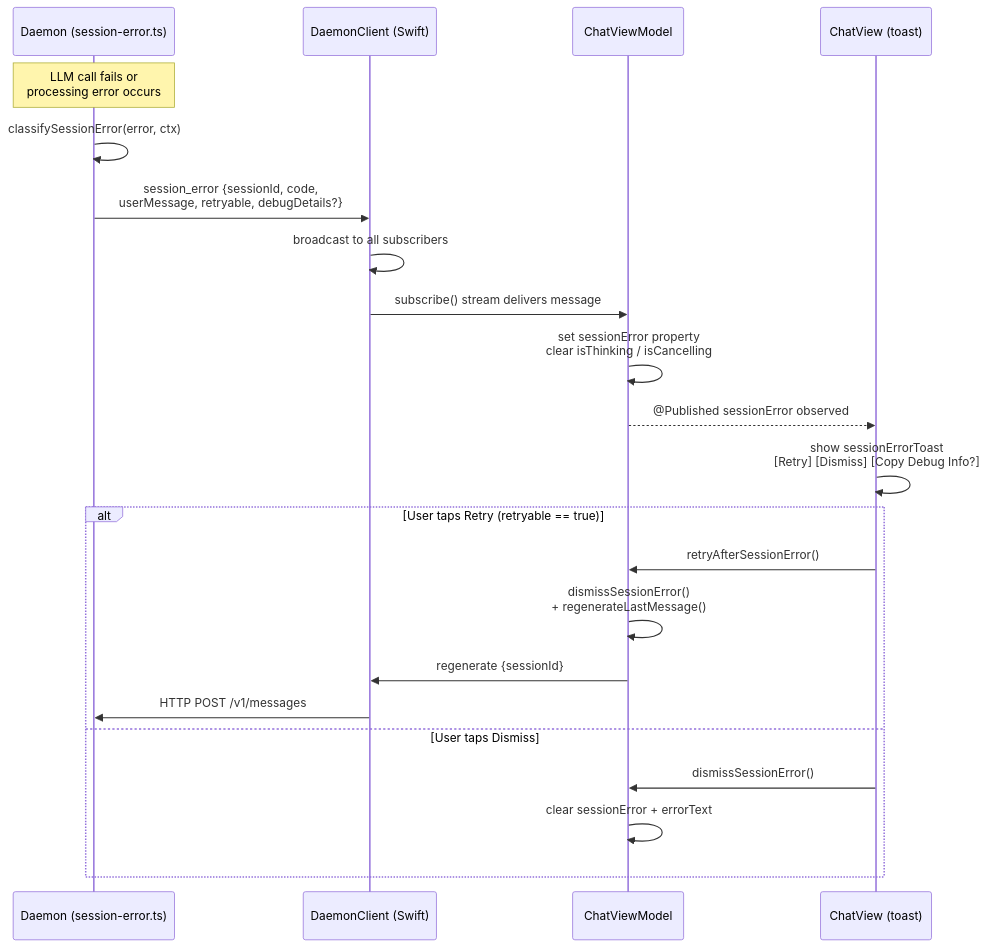
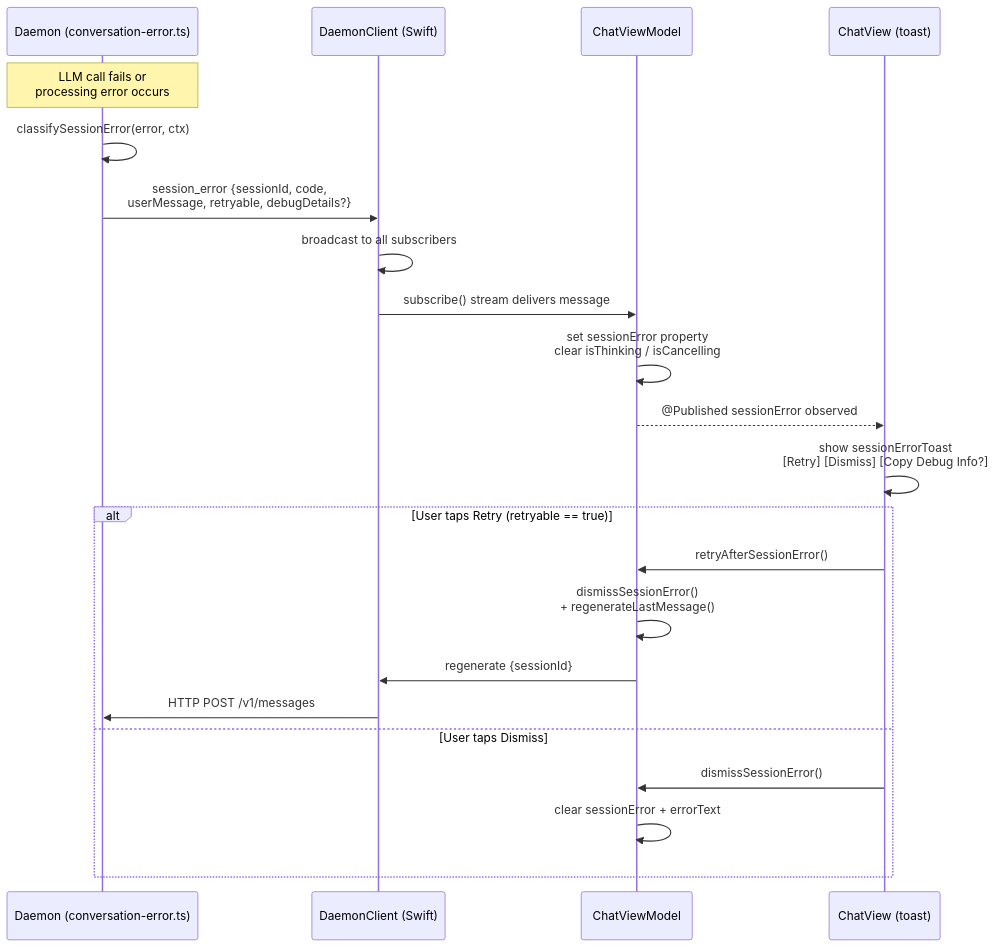
One commit to vellum-ai/vellum-assistant changed the third of 17 diagrams in assistant/ARCHITECTURE.md. Above: the diagram before and after it, drawn with Mermaid. The commit also changed other lines of this file and 8 other files, not shown here.

````diff
--- a/assistant/ARCHITECTURE.md
+++ b/assistant/ARCHITECTURE.md
@@ -820,27 +820,27 @@
 ```mermaid
 sequenceDiagram
-    participant Daemon as Daemon (session-error.ts)
+    participant Daemon as Daemon (conversation-error.ts)
     participant DC as DaemonClient (Swift)
     participant VM as ChatViewModel
     participant UI as ChatView (toast)
 
     Note over Daemon: LLM call fails or<br/>processing error occurs
     Daemon->>Daemon: classifySessionError(error, ctx)
     Daemon->>DC: session_error {sessionId, code,<br/>userMessage, retryable, debugDetails?}
     DC->>DC: broadcast to all subscribers
     DC->>VM: subscribe() stream delivers message
     VM->>VM: set sessionError property<br/>clear isThinking / isCancelling
     VM-->>UI: @Published sessionError observed
 
     UI->>UI: show sessionErrorToast<br/>[Retry] [Dismiss] [Copy Debug Info?]
 
     alt User taps Retry (retryable == true)
         UI->>VM: retryAfterSessionError()
         VM->>VM: dismissSessionError()<br/>+ regenerateLastMessage()
         VM->>DC: regenerate {sessionId}
         DC->>Daemon: HTTP POST /v1/messages
     else User taps Dismiss
         UI->>VM: dismissSessionError()
         VM->>VM: clear sessionError + errorText
     end
 ```
````
